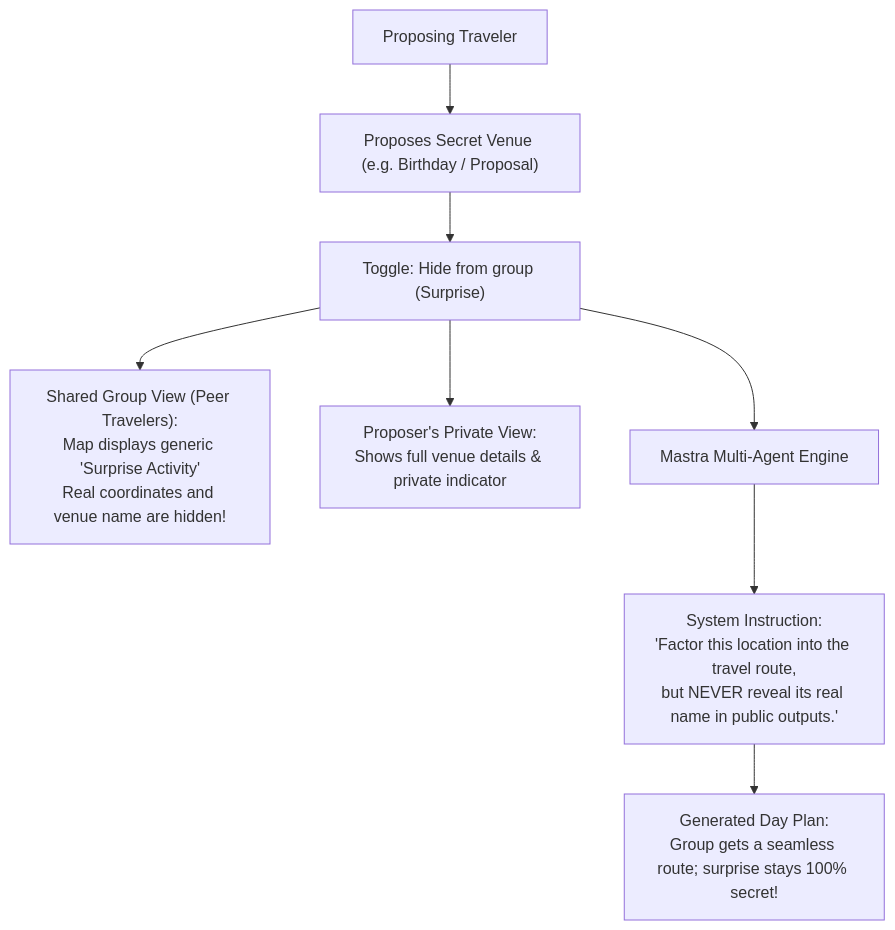
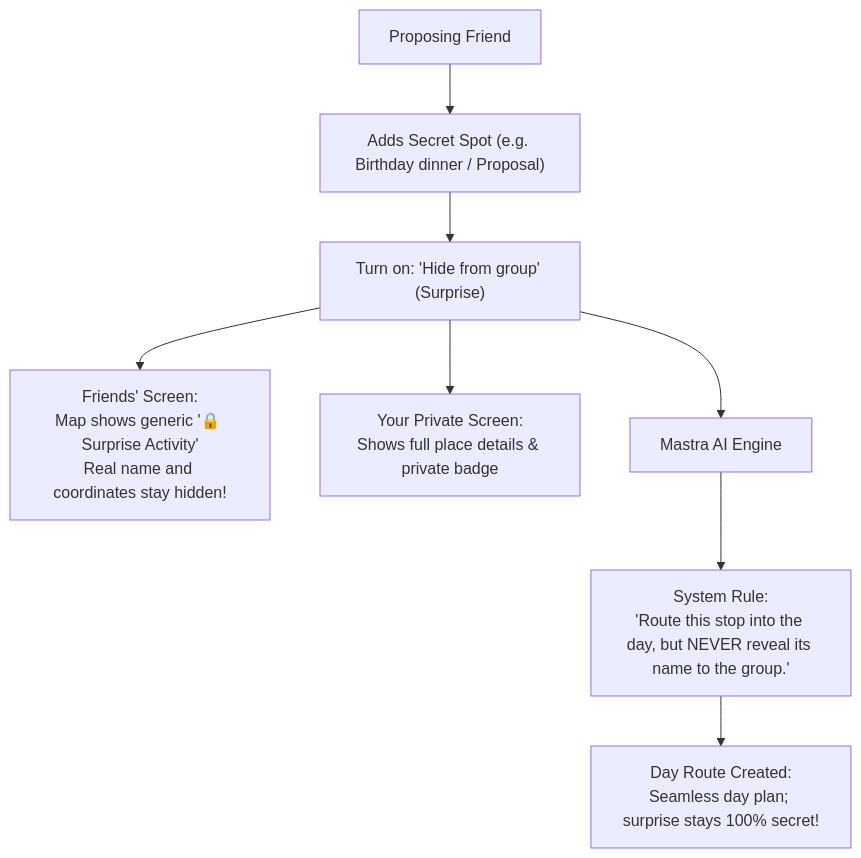
One commit to nlzce/We-are-the-champions_Plan-B changed the ninth of 21 diagrams in README.md. Above: the diagram before and after it, drawn with Mermaid. The commit also changed other lines of this file, not shown here.

````diff
--- a/README.md
+++ b/README.md
@@ -350,12 +350,12 @@
 ```mermaid
 flowchart TD
-  Traveler["Proposing Traveler"] --> Propose["Proposes Secret Venue (e.g. Birthday / Proposal)"]
-  Propose --> Switch["Toggle: Hide from group (Surprise)"]
+  Traveler["Proposing Friend"] --> Propose["Adds Secret Spot (e.g. Birthday dinner / Proposal)"]
+  Propose --> Switch["Turn on: 'Hide from group' (Surprise)"]
 
-  Switch --> SharedView["Shared Group View (Peer Travelers):<br/>Map displays generic 'Surprise Activity'<br/>Real coordinates and venue name are hidden!"]
-  Switch --> PrivateView["Proposer's Private View:<br/>Shows full venue details & private indicator"]
+  Switch --> SharedView["Friends' Screen:<br/>Map shows generic '🔒 Surprise Activity'<br/>Real name and coordinates stay hidden!"]
+  Switch --> PrivateView["Your Private Screen:<br/>Shows full place details & private badge"]
 
-  Switch --> ServerAI["Mastra Multi-Agent Engine"]
-  ServerAI --> SafeInstruction["System Instruction:<br/>'Factor this location into the travel route,<br/>but NEVER reveal its real name in public outputs.'"]
-  SafeInstruction --> DraftRoute["Generated Day Plan:<br/>Group gets a seamless route; surprise stays 100% secret!"]
+  Switch --> ServerAI["Mastra AI Engine"]
+  ServerAI --> SafeInstruction["System Rule:<br/>'Route this stop into the day, but NEVER reveal its name to the group.'"]
+  SafeInstruction --> DraftRoute["Day Route Created:<br/>Seamless day plan; surprise stays 100% secret!"]
 ```
````
